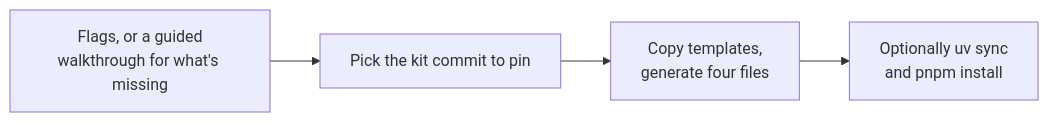
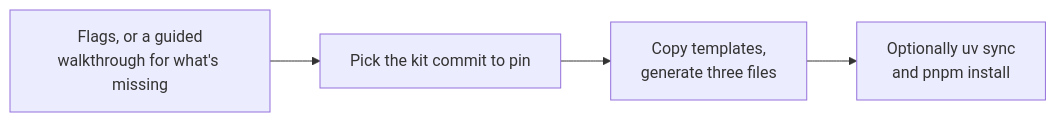
The fourth of 4 diagrams in docs/design/agent-kit.md (retz8/a2uiverse), drawn with Mermaid before and after one commit. The commit also changed other lines of this file and 4 other files, not shown here.

````diff
--- a/docs/design/agent-kit.md
+++ b/docs/design/agent-kit.md
@@ -312,6 +311,6 @@
 ```mermaid
 flowchart LR
     F["Flags, or a guided<br/>walkthrough for what's missing"] --> PIN["Pick the kit commit to pin"]
-    PIN --> SC["Copy templates,<br/>generate four files"]
+    PIN --> SC["Copy templates,<br/>generate three files"]
     SC --> INST["Optionally uv sync<br/>and pnpm install"]
 ```
````
